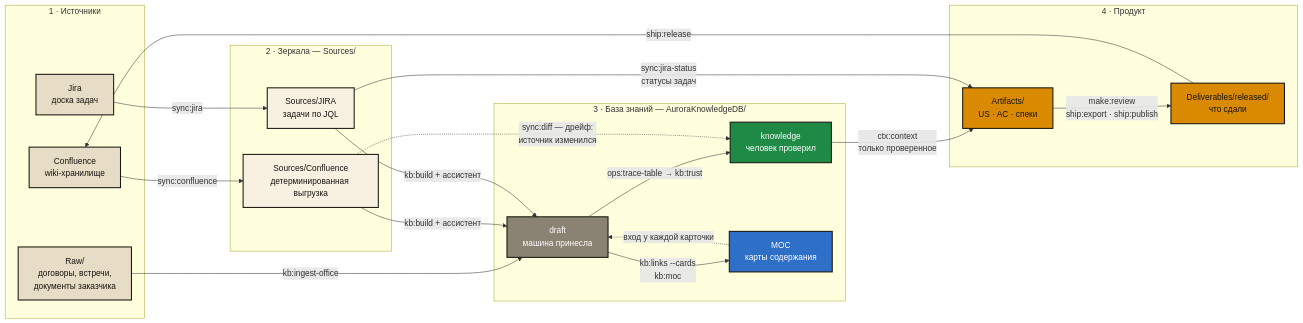
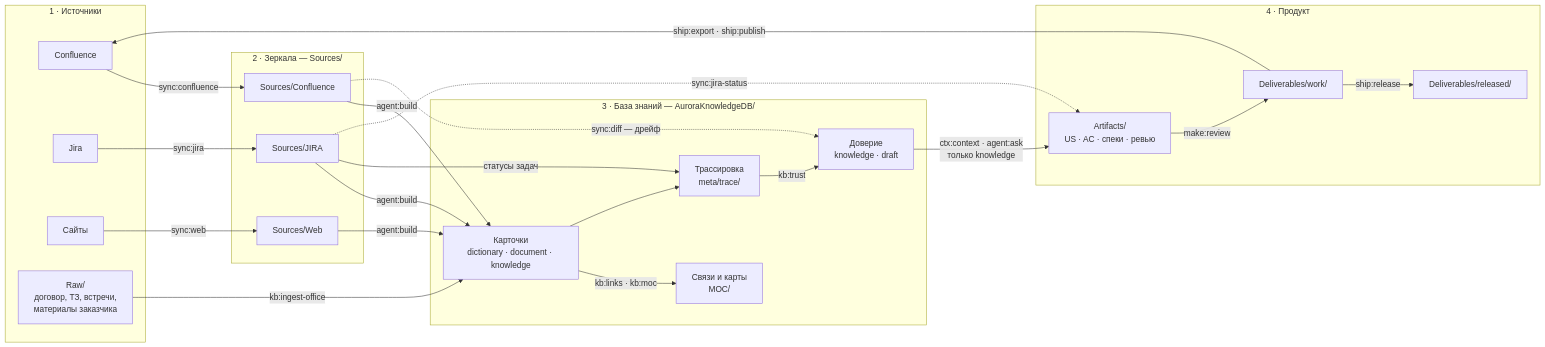
Before and after one commit to VVG-web/aurora-studio: the first of 4 diagrams in docs/lifecycle.md, drawn with Mermaid. The commit also changed other lines of this file and 72 other files, not shown here.

````diff
--- a/docs/lifecycle.md
+++ b/docs/lifecycle.md
@@ -10,51 +12,44 @@
 ```mermaid
 flowchart LR
-  subgraph SRC["1 · Источники"]
-    CONF["Confluence\nwiki-хранилище"]
-    JIRA["Jira\nдоска задач"]
-    RAW["Raw/\nдоговоры, встречи,\nдокументы заказчика"]
+  subgraph S["1 · Источники"]
+    CONF["Confluence"]
+    JIRA["Jira"]
+    WEB["Сайты"]
+    RAW["Raw/<br>договор, ТЗ, встречи,<br>материалы заказчика"]
   end
 
-  subgraph MIR["2 · Зеркала — Sources/"]
-    MCONF["Sources/Confluence\nдетерминированная выгрузка"]
-    MJIRA["Sources/JIRA\nзадачи по JQL"]
+  subgraph M["2 · Зеркала — Sources/"]
+    MC["Sources/Confluence"]
+    MJ["Sources/JIRA"]
+    MW["Sources/Web"]
   end
 
-  subgraph KB["3 · База знаний — AuroraKnowledgeDB/"]
-    IMP["draft\nмашина принесла"]
-    VER["knowledge\nчеловек проверил"]
-    MOC["MOC\nкарты содержания"]
+  subgraph K["3 · База знаний — AuroraKnowledgeDB/"]
+    CARD["Карточки<br>dictionary · document · knowledge"]
+    LINK["Связи и карты<br>MOC/"]
+    TR["Трассировка<br>meta/trace/"]
+    TRU["Доверие<br>knowledge · draft"]
   end
 
-  subgraph OUT["4 · Продукт"]
-    ART["Artifacts/\nUS · AC · спеки"]
-    DEL["Deliverables/released/\nчто сдали"]
+  subgraph P["4 · Продукт"]
+    ART["Artifacts/<br>US · AC · спеки · ревью"]
+    DEL["Deliverables/work/"]
+    REL["Deliverables/released/"]
   end
 
-  CONF -->|"sync:confluence"| MCONF
-  JIRA -->|"sync:jira"| MJIRA
-  RAW -->|"kb:ingest-office"| IMP
-  MCONF -->|"kb:build + ассистент"| IMP
-  MJIRA -->|"kb:build + ассистент"| IMP
-  IMP -->|"kb:links --cards\nkb:moc"| MOC
-  MOC -.->|"вход у каждой карточки"| IMP
-  IMP -->|"ops:trace-table → kb:trust"| VER
-  VER -->|"ctx:context\nтолько проверенное"| ART
-  ART -->|"make:review\nship:export · ship:publish"| DEL
-  DEL -->|"ship:release"| CONF
-  MJIRA -->|"sync:jira-status\nстатусы задач"| ART
-  MCONF -.->|"sync:diff — дрейф:\nисточник изменился"| VER
-
-  classDef src fill:#E7DCC5,stroke:#16150F,stroke-width:2px,color:#16150F
-  classDef mir fill:#F8F1E2,stroke:#16150F,stroke-width:2px,color:#16150F
-  classDef imp fill:#8A8272,stroke:#16150F,stroke-width:2px,color:#FFFFFF
-  classDef ver fill:#1E8A46,stroke:#16150F,stroke-width:2px,color:#FFFFFF
-  classDef moc fill:#2E6FC8,stroke:#16150F,stroke-width:2px,color:#FFFFFF
-  classDef out fill:#D98A00,stroke:#16150F,stroke-width:2px,color:#16150F
-  class CONF,JIRA,RAW src
-  class MCONF,MJIRA mir
-  class IMP imp
-  class VER ver
-  class MOC moc
-  class ART,DEL out
+  CONF -->|"sync:confluence"| MC
+  JIRA -->|"sync:jira"| MJ
+  WEB -->|"sync:web"| MW
+  RAW -->|"kb:ingest-office"| CARD
+  MC & MJ & MW -->|"agent:build"| CARD
+  CARD -->|"kb:links · kb:moc"| LINK
+  MJ -->|"статусы задач"| TR
+  CARD --> TR
+  TR -->|"kb:trust"| TRU
+  TRU -->|"ctx:context · agent:ask<br>только knowledge"| ART
+  ART -->|"make:review"| DEL
+  DEL -->|"ship:export · ship:publish"| CONF
+  DEL -->|"ship:release"| REL
+  MC -.->|"sync:diff — дрейф"| TRU
+  MJ -.->|"sync:jira-status"| ART
 ```
````
